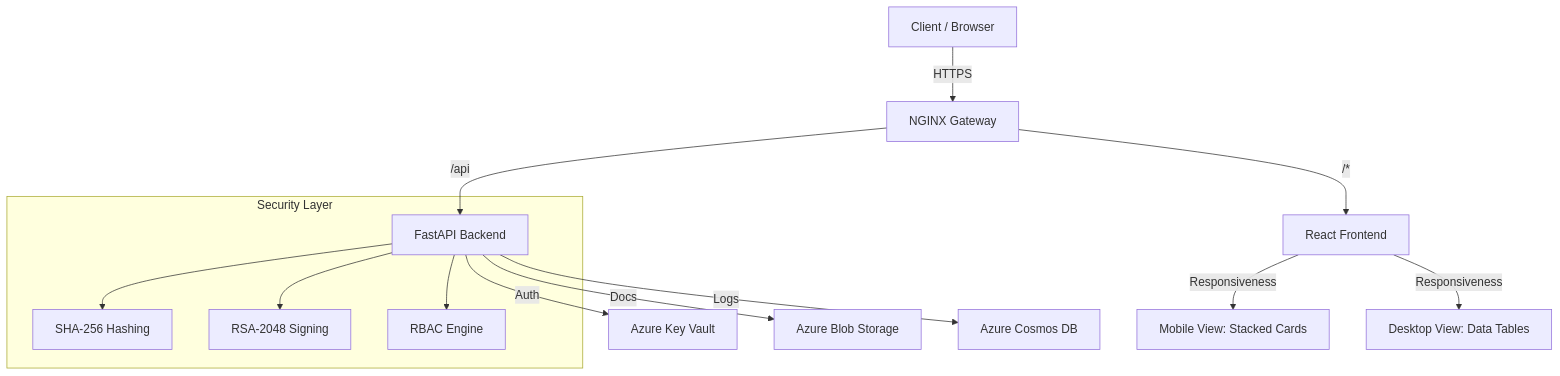
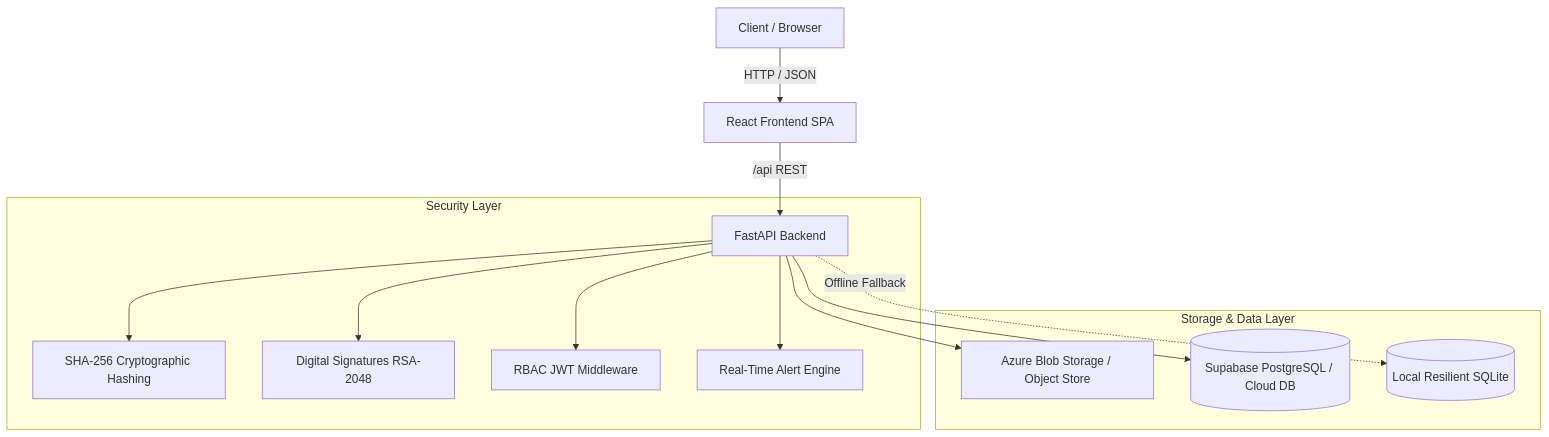
One commit to Jatin-code16/varitydoc changed the first of 3 diagrams in README.md. Above: the diagram before and after it, drawn with Mermaid. The commit also changed other lines of this file and 38 other files, not shown here.

````diff
--- a/README.md
+++ b/README.md
@@ -102,19 +47,18 @@
 ```mermaid
 graph TD
-    User[Client / Browser] -->|HTTPS| NGINX[NGINX Gateway]
-    NGINX -->|/api| API[FastAPI Backend]
-    NGINX -->|/*| UI[React Frontend]
-    
-    API -->|Auth| KV[Azure Key Vault]
-    API -->|Docs| Blob[Azure Blob Storage]
-    API -->|Logs| Cosmos[Azure Cosmos DB]
+    User[Client / Browser] -->|HTTP / JSON| UI[React Frontend SPA]
+    UI -->|/api REST| API[FastAPI Backend]
     
     subgraph Security Layer
-    API --> HMAC[SHA-256 Hashing]
-    API --> Sign[RSA-2048 Signing]
-    API --> RBAC[RBAC Engine]
+    API --> HMAC[SHA-256 Cryptographic Hashing]
+    API --> Sign[Digital Signatures RSA-2048]
+    API --> RBAC[RBAC JWT Middleware]
+    API --> Alerts[Real-Time Alert Engine]
     end
     
-    UI -- Responsiveness --> Mobile[Mobile View: Stacked Cards]
-    UI -- Responsiveness --> Desktop[Desktop View: Data Tables]
+    subgraph Storage & Data Layer
+    API --> Blob[Azure Blob Storage / Object Store]
+    API --> DB[(Supabase PostgreSQL / Cloud DB)]
+    API -.->|Offline Fallback| LocalDB[(Local Resilient SQLite)]
+    end
 ```
````
